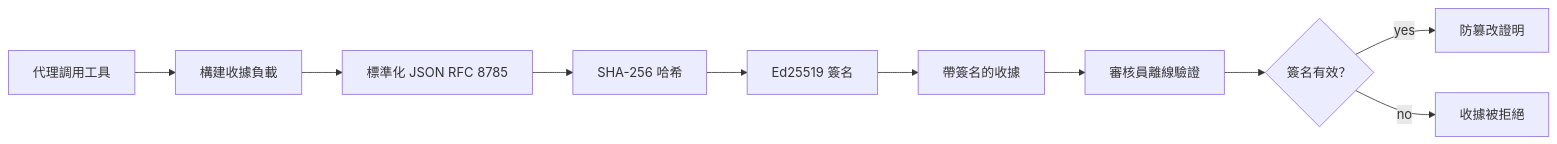
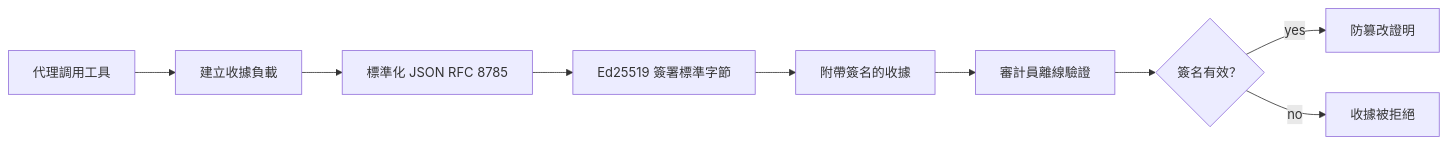
The first of 2 diagrams in translations/zh-HK/18-securing-ai-agents/README.md (microsoft/ai-agents-for-beginners), drawn with Mermaid before and after one commit. The commit also changed other lines of this file and 44 other files, not shown here.

````diff
--- a/translations/zh-HK/18-securing-ai-agents/README.md
+++ b/translations/zh-HK/18-securing-ai-agents/README.md
@@ -51,12 +51,11 @@
 ```mermaid
 flowchart LR
-    A[代理調用工具] --> B[構建收據負載]
+    A[代理調用工具] --> B[建立收據負載]
     B --> C[標準化 JSON RFC 8785]
-    C --> D[SHA-256 哈希]
-    D --> E[Ed25519 簽名]
-    E --> F[帶簽名的收據]
-    F --> G[審核員離線驗證]
+    C --> E[Ed25519 簽署標準字節]
+    E --> F[附帶簽名的收據]
+    F --> G[審計員離線驗證]
     G --> H{簽名有效？}
     H -- yes --> I[防篡改證明]
     H -- no --> J[收據被拒絕]
 ```
````
